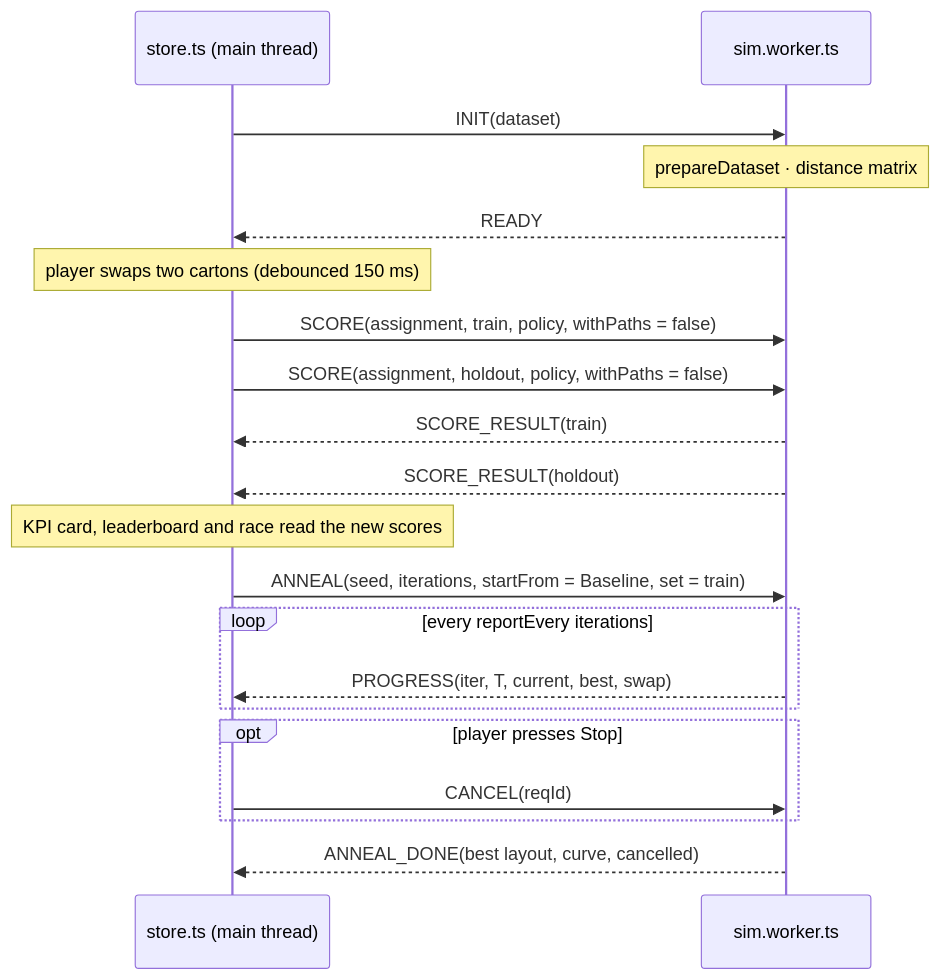
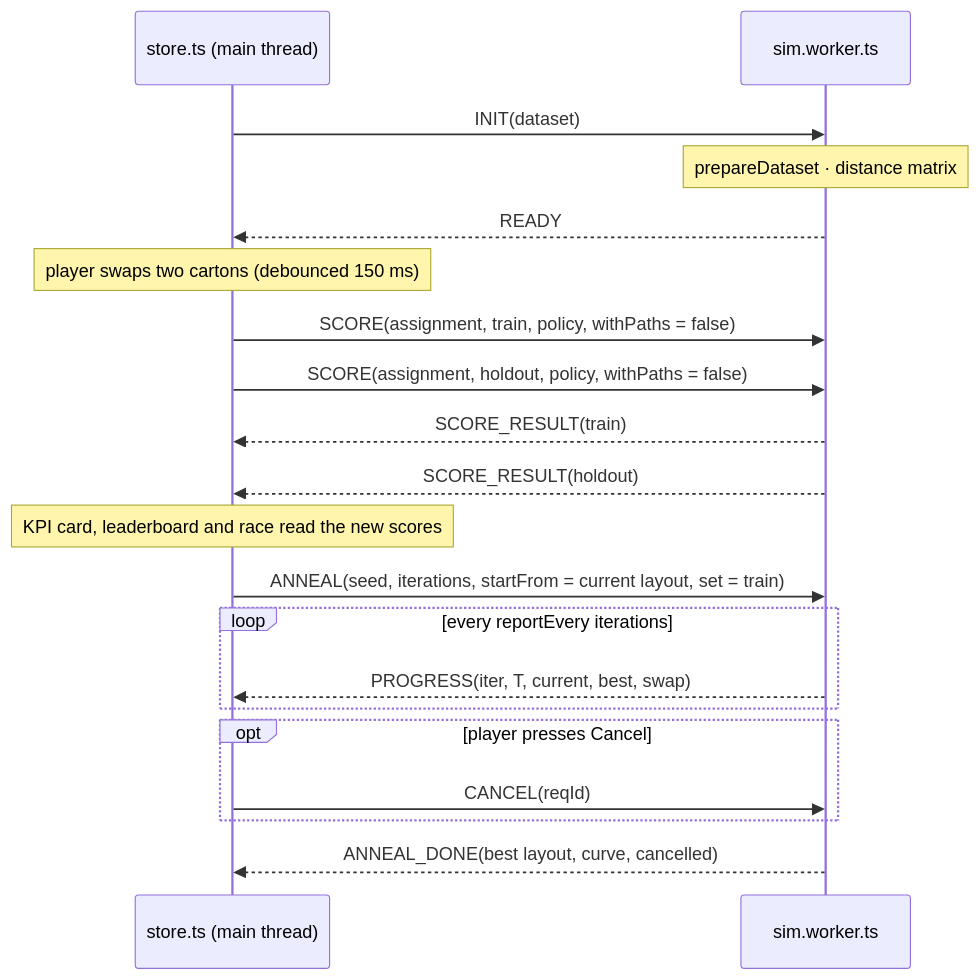
Before and after one commit to Anandb71/ghostwalk: the second of 2 diagrams in docs/architecture.md, drawn with Mermaid. The commit also changed other lines of this file, not shown here.

Commit message:
docs/architecture.md: anneal starts from the current layout, seeds 43-46, labels and draw-call budget stated as they are (#9)

````diff
--- a/docs/architecture.md
+++ b/docs/architecture.md
@@ -94,22 +94,22 @@
 ```mermaid
 sequenceDiagram
   participant S as store.ts (main thread)
   participant W as sim.worker.ts
   S->>W: INIT(dataset)
   Note over W: prepareDataset · distance matrix
   W-->>S: READY
   Note over S: player swaps two cartons (debounced 150 ms)
   S->>W: SCORE(assignment, train, policy, withPaths = false)
   S->>W: SCORE(assignment, holdout, policy, withPaths = false)
   W-->>S: SCORE_RESULT(train)
   W-->>S: SCORE_RESULT(holdout)
   Note over S: KPI card, leaderboard and race read the new scores
-  S->>W: ANNEAL(seed, iterations, startFrom = Baseline, set = train)
+  S->>W: ANNEAL(seed, iterations, startFrom = current layout, set = train)
   loop every reportEvery iterations
     W-->>S: PROGRESS(iter, T, current, best, swap)
   end
-  opt player presses Stop
+  opt player presses Cancel
     S->>W: CANCEL(reqId)
   end
   W-->>S: ANNEAL_DONE(best layout, curve, cancelled)
 ```
````
